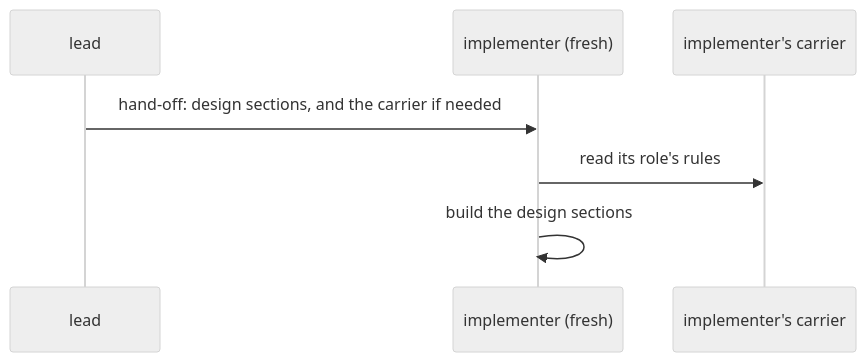
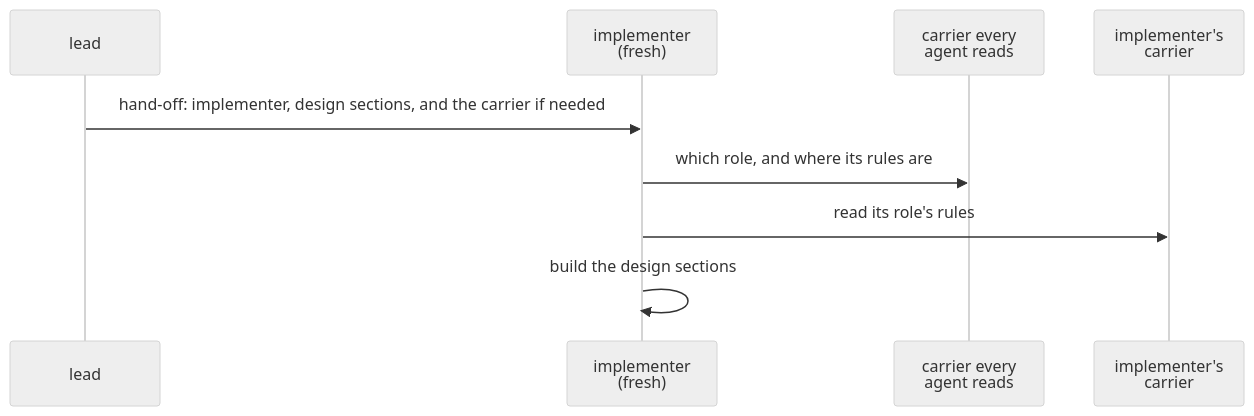
The second of 2 diagrams in docs/design/carriers.md (jheun66/plumbline), drawn with Mermaid (neutral theme) before and after one commit. The commit also changed other lines of this file and 5 other files, not shown here.

````diff
--- a/docs/design/carriers.md
+++ b/docs/design/carriers.md
@@ -80,9 +90,11 @@
 ```mermaid
 sequenceDiagram
   participant L as lead
-  participant I as implementer (fresh)
-  participant C as implementer's carrier
-  L->>I: hand-off: design sections, and the carrier if needed
+  participant I as implementer<br/>(fresh)
+  participant S as carrier every<br/>agent reads
+  participant C as implementer's<br/>carrier
+  L->>I: hand-off: implementer, design sections, and the carrier if needed
+  I->>S: which role, and where its rules are
   I->>C: read its role's rules
   I->>I: build the design sections
 ```
````
